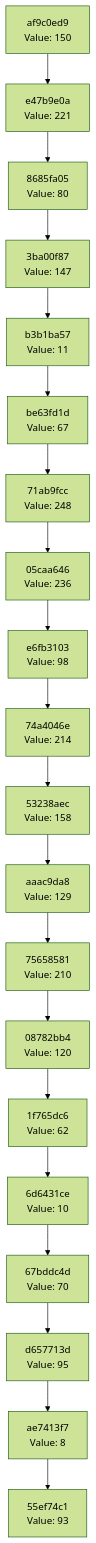
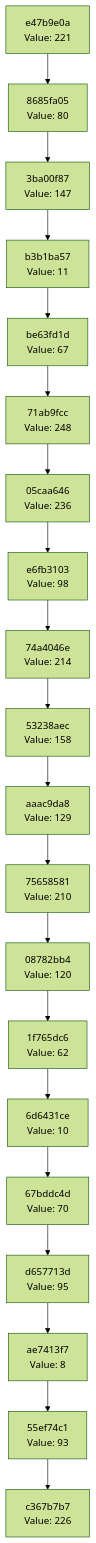
The diagram in docs/CHAIN_VISUALIZATION.md (Abhisheksinha1506/hash-chain-evolver), drawn with Mermaid (forest theme) before and after one commit. The commit also changed 3 other files, not shown here.

````diff
--- a/docs/CHAIN_VISUALIZATION.md
+++ b/docs/CHAIN_VISUALIZATION.md
@@ -3,42 +3,42 @@
 ```mermaid
 graph TD
-    C0["55ef74c1<br/>Value: 93"]
-    C1["ae7413f7<br/>Value: 8"]
+    C0["c367b7b7<br/>Value: 226"]
+    C1["55ef74c1<br/>Value: 93"]
     C1 --> C0
-    C2["d657713d<br/>Value: 95"]
+    C2["ae7413f7<br/>Value: 8"]
     C2 --> C1
-    C3["67bddc4d<br/>Value: 70"]
+    C3["d657713d<br/>Value: 95"]
     C3 --> C2
-    C4["6d6431ce<br/>Value: 10"]
+    C4["67bddc4d<br/>Value: 70"]
     C4 --> C3
-    C5["1f765dc6<br/>Value: 62"]
+    C5["6d6431ce<br/>Value: 10"]
     C5 --> C4
-    C6["08782bb4<br/>Value: 120"]
+    C6["1f765dc6<br/>Value: 62"]
     C6 --> C5
-    C7["75658581<br/>Value: 210"]
+    C7["08782bb4<br/>Value: 120"]
     C7 --> C6
-    C8["aaac9da8<br/>Value: 129"]
+    C8["75658581<br/>Value: 210"]
     C8 --> C7
-    C9["53238aec<br/>Value: 158"]
+    C9["aaac9da8<br/>Value: 129"]
     C9 --> C8
-    C10["74a4046e<br/>Value: 214"]
+    C10["53238aec<br/>Value: 158"]
     C10 --> C9
-    C11["e6fb3103<br/>Value: 98"]
+    C11["74a4046e<br/>Value: 214"]
     C11 --> C10
-    C12["05caa646<br/>Value: 236"]
+    C12["e6fb3103<br/>Value: 98"]
     C12 --> C11
-    C13["71ab9fcc<br/>Value: 248"]
+    C13["05caa646<br/>Value: 236"]
     C13 --> C12
-    C14["be63fd1d<br/>Value: 67"]
+    C14["71ab9fcc<br/>Value: 248"]
     C14 --> C13
-    C15["b3b1ba57<br/>Value: 11"]
+    C15["be63fd1d<br/>Value: 67"]
     C15 --> C14
-    C16["3ba00f87<br/>Value: 147"]
+    C16["b3b1ba57<br/>Value: 11"]
     C16 --> C15
-    C17["8685fa05<br/>Value: 80"]
+    C17["3ba00f87<br/>Value: 147"]
     C17 --> C16
-    C18["e47b9e0a<br/>Value: 221"]
+    C18["8685fa05<br/>Value: 80"]
     C18 --> C17
-    C19["af9c0ed9<br/>Value: 150"]
+    C19["e47b9e0a<br/>Value: 221"]
     C19 --> C18
 ```
````
